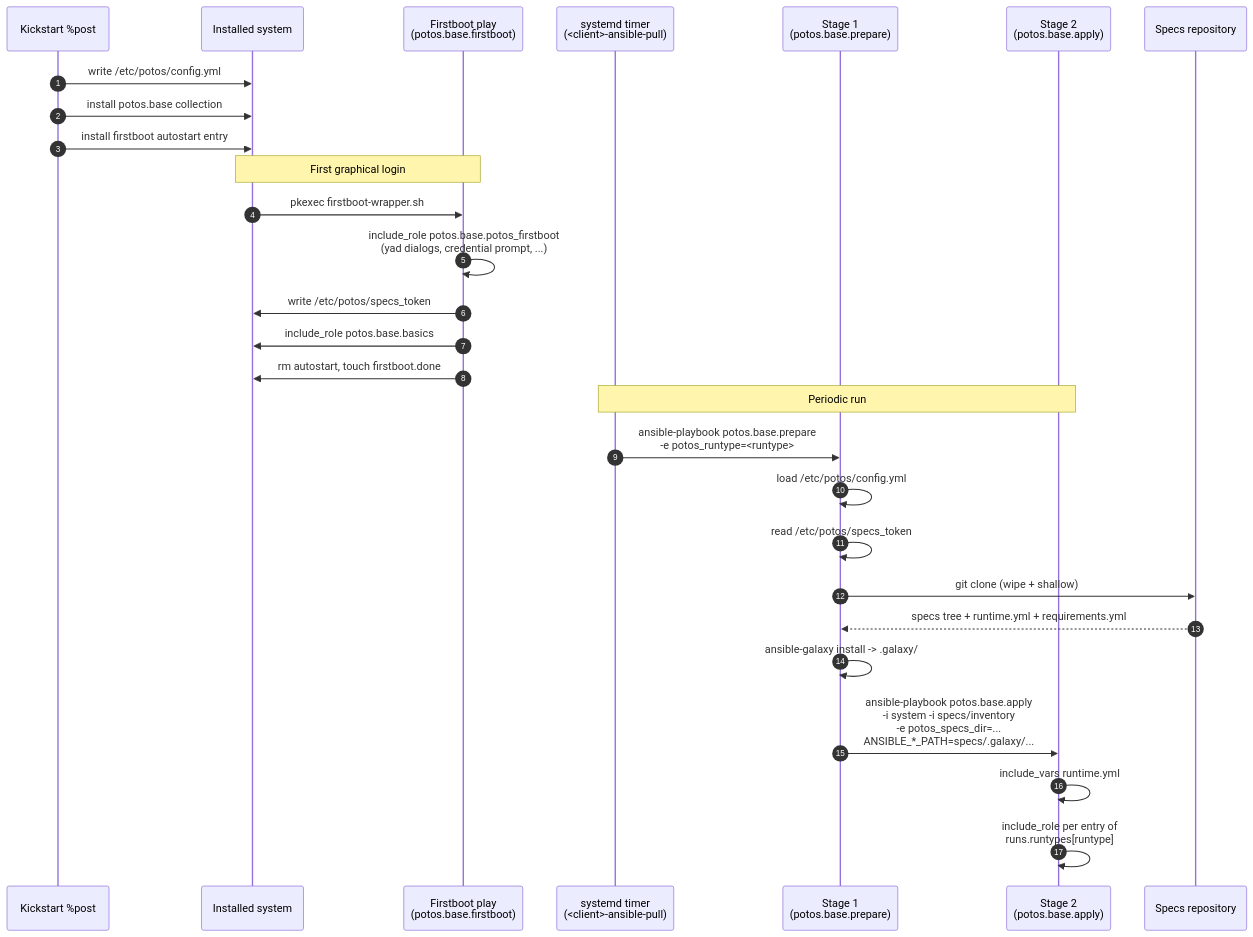
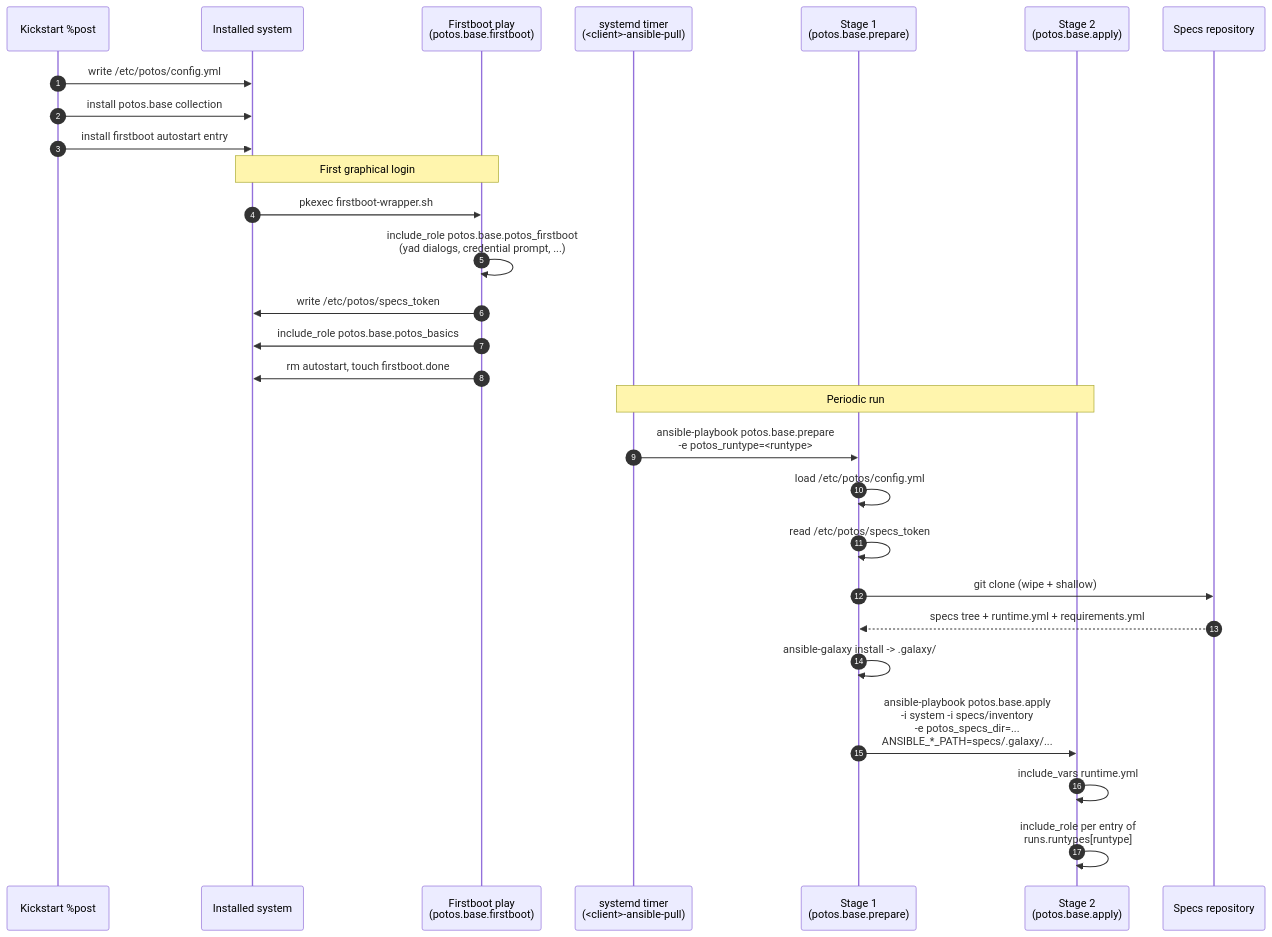
The diagram in docs/flow.md (projectpotos/ansible-collection-potos.base), drawn with Mermaid before and after one commit. The commit also changed other lines of this file and 3 other files, not shown here.

Commit message:
fix: rename basics role to potos_basics

````diff
--- a/docs/flow.md
+++ b/docs/flow.md
@@ -103,33 +103,33 @@
 ```mermaid
 sequenceDiagram
     autonumber
     participant ISO as Kickstart %post
     participant FS  as Installed system
     participant FB  as Firstboot play<br/>(potos.base.firstboot)
     participant T   as systemd timer<br/>(<client>-ansible-pull)
     participant S1  as Stage 1<br/>(potos.base.prepare)
     participant S2  as Stage 2<br/>(potos.base.apply)
     participant SR  as Specs repository
 
     ISO->>FS: write /etc/potos/config.yml
     ISO->>FS: install potos.base collection
     ISO->>FS: install firstboot autostart entry
 
     Note over FS,FB: First graphical login
     FS->>FB: pkexec firstboot-wrapper.sh
     FB->>FB: include_role potos.base.potos_firstboot<br/>(yad dialogs, credential prompt, ...)
     FB->>FS: write /etc/potos/specs_token
-    FB->>FS: include_role potos.base.basics
+    FB->>FS: include_role potos.base.potos_basics
     FB->>FS: rm autostart, touch firstboot.done
 
     Note over T,S2: Periodic run
     T->>S1: ansible-playbook potos.base.prepare<br/>-e potos_runtype=<runtype>
     S1->>S1: load /etc/potos/config.yml
     S1->>S1: read /etc/potos/specs_token
     S1->>SR: git clone (wipe + shallow)
     SR-->>S1: specs tree + runtime.yml + requirements.yml
     S1->>S1: ansible-galaxy install -> .galaxy/
     S1->>S2: ansible-playbook potos.base.apply<br/>-i system -i specs/inventory<br/>-e potos_specs_dir=...<br/>ANSIBLE_*_PATH=specs/.galaxy/...
     S2->>S2: include_vars runtime.yml
     S2->>S2: include_role per entry of<br/>runs.runtypes[runtype]
 ```
````
